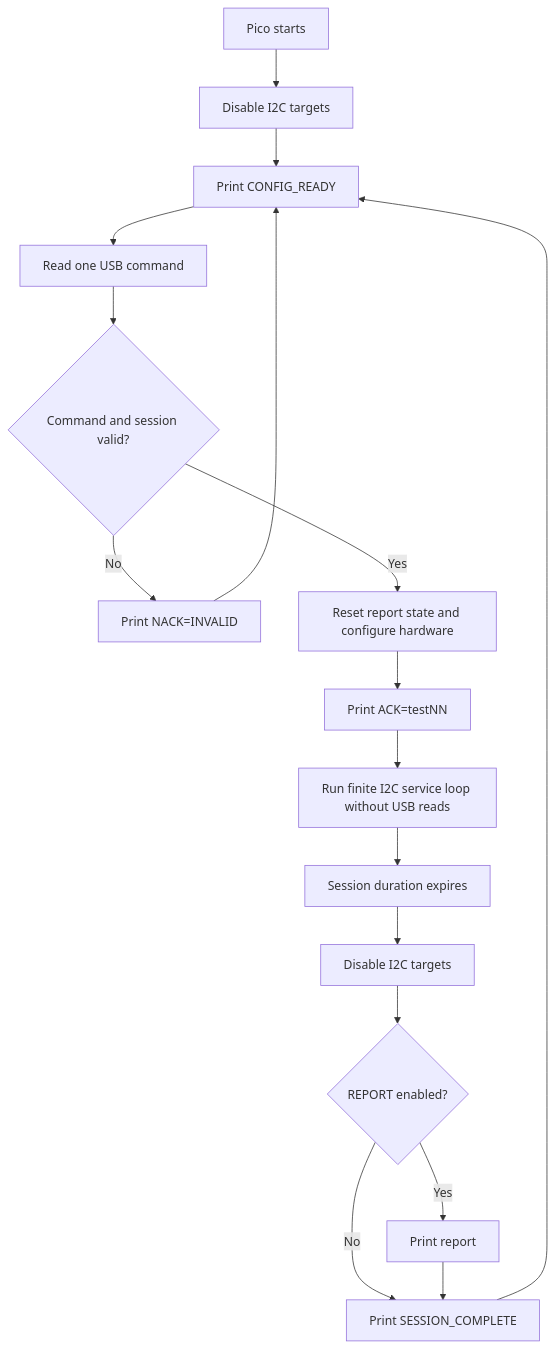
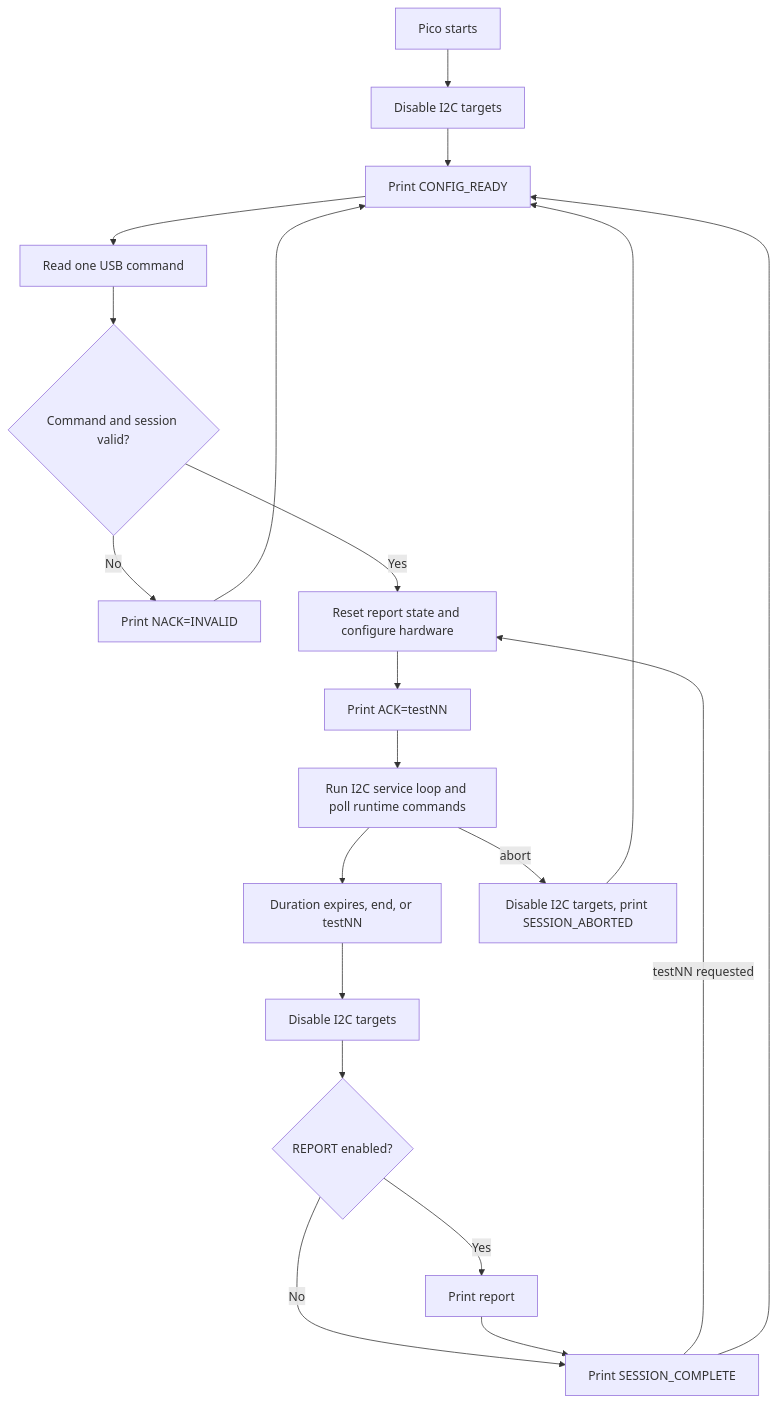
Before and after one commit to ps-amey/deployment-simulators: the diagram in UhfAntSim/README.md, drawn with Mermaid. The commit also changed other lines of this file and 1 other file, not shown here.

Commit message:
added runtime cmds

````diff
--- a/UhfAntSim/README.md
+++ b/UhfAntSim/README.md
@@ -115,19 +159,22 @@
 ```mermaid
 flowchart TD
     A[Pico starts] --> B[Disable I2C targets]
     B --> C[Print CONFIG_READY]
     C --> D[Read one USB command]
     D --> E{Command and session valid?}
     E -- No --> F[Print NACK=INVALID]
     F --> C
     E -- Yes --> G[Reset report state and configure hardware]
     G --> H[Print ACK=testNN]
-    H --> I[Run finite I2C service loop without USB reads]
-    I --> J[Session duration expires]
+    H --> I[Run I2C service loop and poll runtime commands]
+    I --> J[Duration expires, end, or testNN]
+    I -- abort --> Q[Disable I2C targets, print SESSION_ABORTED]
+    Q --> C
     J --> K[Disable I2C targets]
     K --> L{REPORT enabled?}
     L -- Yes --> M[Print report]
     L -- No --> N[Print SESSION_COMPLETE]
     M --> N
+    N -- testNN requested --> G
     N --> C
 ```
````
